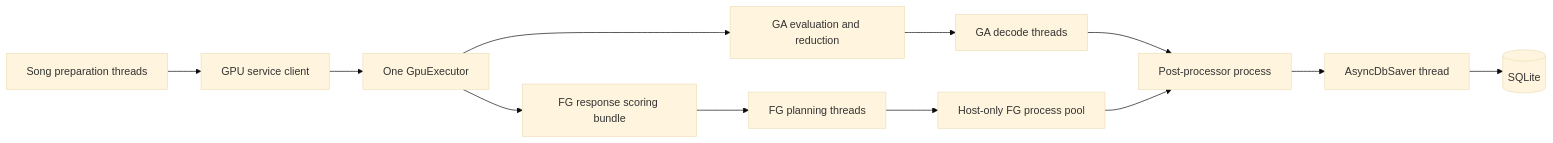
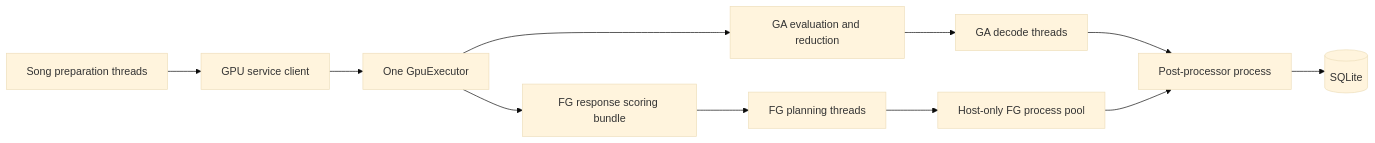
Before and after one commit to TheBaconactor/RoBeats-Calculator-Engine: the second of 3 diagrams in docs/ARCHITECTURE.md, drawn with Mermaid (base theme). The commit also changed other lines of this file and 78 other files, not shown here.

````diff
--- a/docs/ARCHITECTURE.md
+++ b/docs/ARCHITECTURE.md
@@ -60,14 +60,13 @@
 ```mermaid
 flowchart LR
     A["Song preparation threads"] --> B["GPU service client"]
     B --> C["One GpuExecutor"]
     C --> D["GA evaluation and reduction"]
     C --> E["FG response scoring bundle"]
     D --> F["GA decode threads"]
     E --> G["FG planning threads"]
     G --> H["Host-only FG process pool"]
     F --> I["Post-processor process"]
     H --> I
-    I --> J["AsyncDbSaver thread"]
-    J --> K[("SQLite")]
+    I --> K[("SQLite")]
 ```
````
